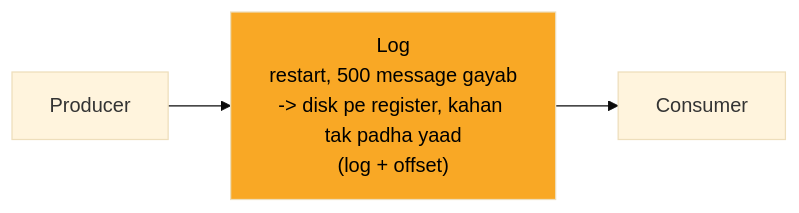
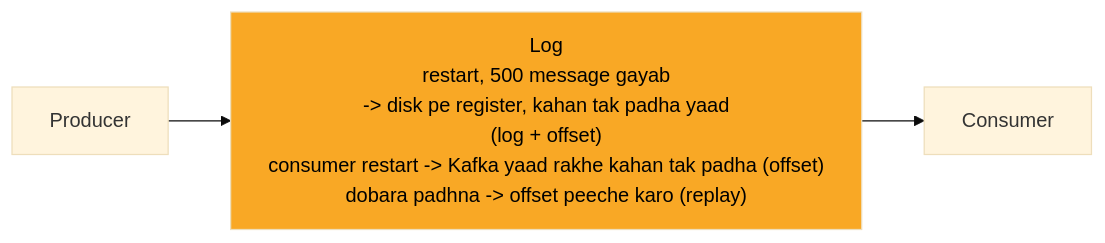
The second of 12 diagrams in 04_HLD/SYSTEM_DESIGNS/12_message_queue_kafka/12_message_queue_kafka.md (ArpanMaheshwari144/Prep), drawn with Mermaid (base theme) before and after one commit. The commit also changed other lines of this file and 12 other files, not shown here.

Commit message:
hld 02-14: peele dabbe me SAFAR ke mod + diagram chauda (wrappingWidth 450)

````diff
--- a/04_HLD/SYSTEM_DESIGNS/12_message_queue_kafka/12_message_queue_kafka.md
+++ b/04_HLD/SYSTEM_DESIGNS/12_message_queue_kafka/12_message_queue_kafka.md
@@ -91,9 +92,10 @@
 ```mermaid
+%%{init: {"flowchart": {"wrappingWidth": 450}}}%%
 flowchart LR
     n_P["Producer"]
-    n_L["Log<br/>restart, 500 message gayab<br/>-> disk pe register, kahan tak padha yaad<br/>(log + offset)"]
+    n_L["Log<br/>restart, 500 message gayab<br/>-> disk pe register, kahan tak padha yaad<br/>(log + offset)<br/>consumer restart -> Kafka yaad rakhe kahan tak padha (offset)<br/>dobara padhna -> offset peeche karo (replay)"]
     n_C["Consumer"]
     n_P --> n_L
     n_L --> n_C
     style n_L fill:#f9a825,color:#000
 ```
````
